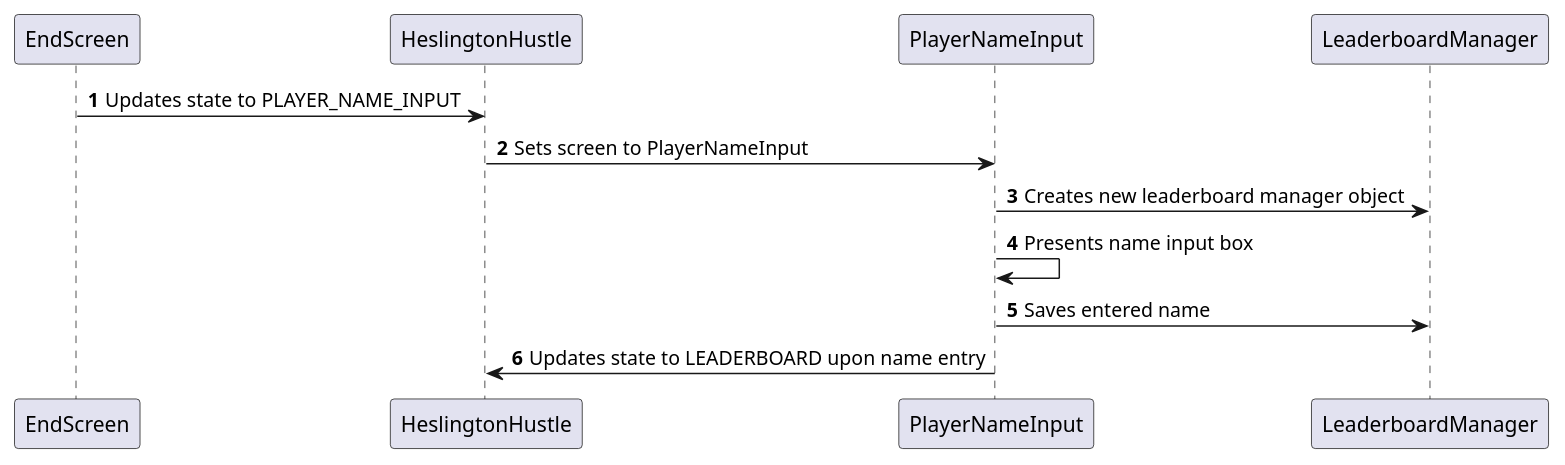
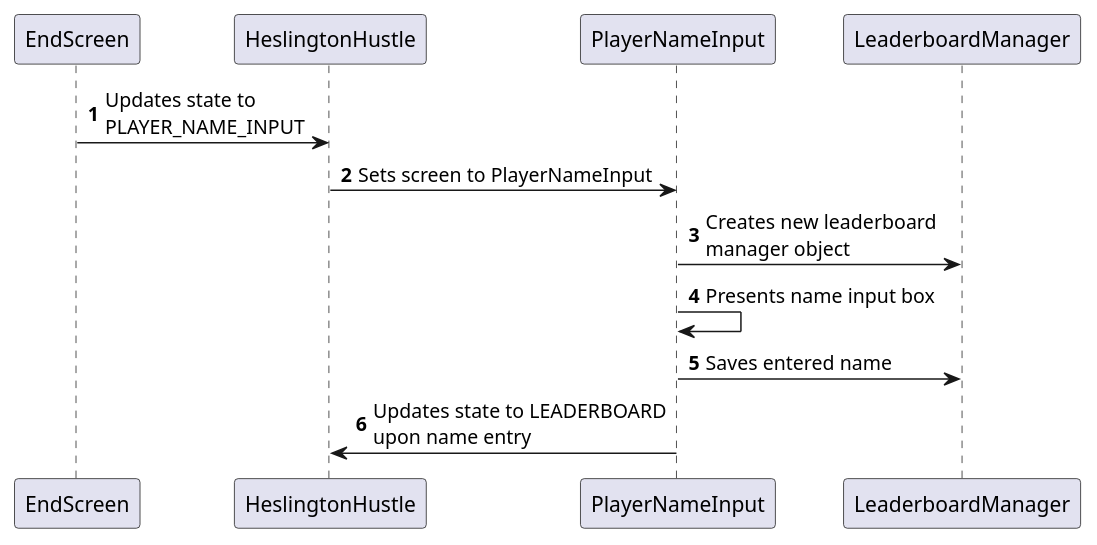
Before and after one commit to uoy-eng1-g6/assessment1: the diagram in uml/PlayerNameInputSequence.puml, drawn with PlantUML. The commit also changed 2 other files, not shown here.

Commit message:
Added newline characters to UML code to compact the text and reduce diagram widths

```diff
--- a/uml/PlayerNameInputSequence.puml
+++ b/uml/PlayerNameInputSequence.puml
@@ -1,12 +1,12 @@
 @startuml
 'https://plantuml.com/sequence-diagram
 
 autonumber
-EndScreen -> HeslingtonHustle: Updates state to PLAYER_NAME_INPUT
+EndScreen -> HeslingtonHustle: Updates state to\nPLAYER_NAME_INPUT
 HeslingtonHustle -> PlayerNameInput: Sets screen to PlayerNameInput
-PlayerNameInput -> LeaderboardManager: Creates new leaderboard manager object
+PlayerNameInput -> LeaderboardManager: Creates new leaderboard\nmanager object
 PlayerNameInput -> PlayerNameInput: Presents name input box
 PlayerNameInput -> LeaderboardManager: Saves entered name
-PlayerNameInput -> HeslingtonHustle: Updates state to LEADERBOARD upon name entry
+PlayerNameInput -> HeslingtonHustle: Updates state to LEADERBOARD\nupon name entry
 
 @enduml
```
